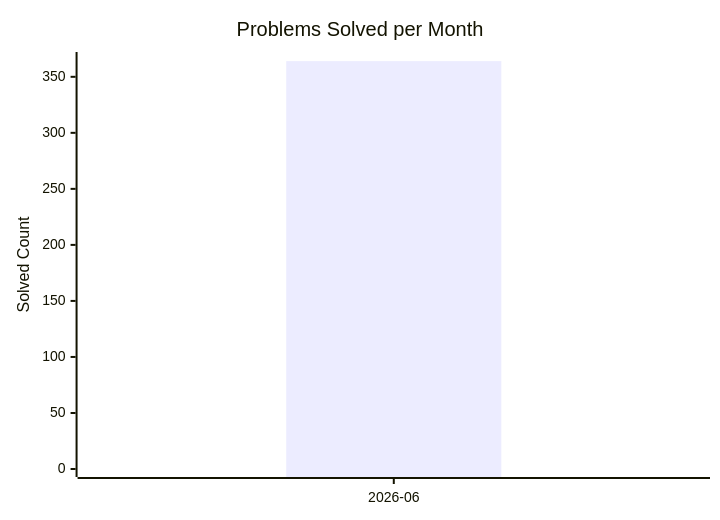
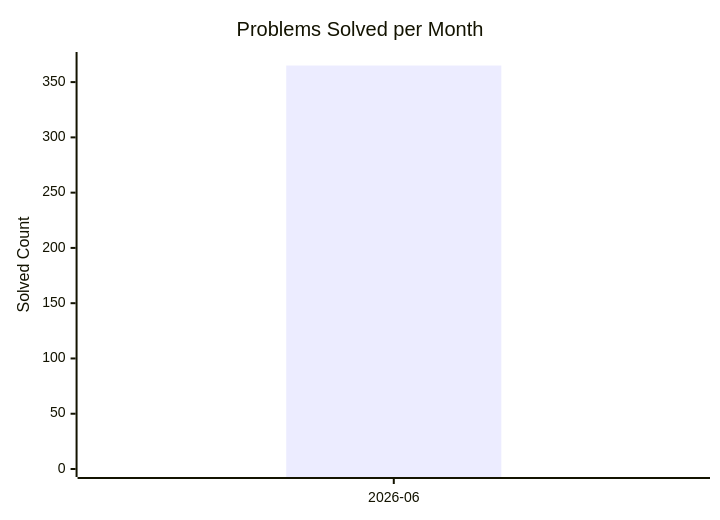
One commit to AdityaPandey-DEV/CP-Progress-Sync changed the diagram in dashboard.md. Above: the diagram before and after it, drawn with Mermaid. The commit also changed other lines of this file, not shown here.

Commit message:
Auto-update CP dashboard [skip ci]

````diff
--- a/dashboard.md
+++ b/dashboard.md
@@ -8,8 +8,8 @@
 ```mermaid
 xychart-beta
     title "Problems Solved per Month"
     x-axis ["2026-06"]
-    y-axis "Solved Count" 0 --> 365
-    bar [364]
-    line [364]
+    y-axis "Solved Count" 0 --> 370
+    bar [365]
+    line [365]
 ```
````
